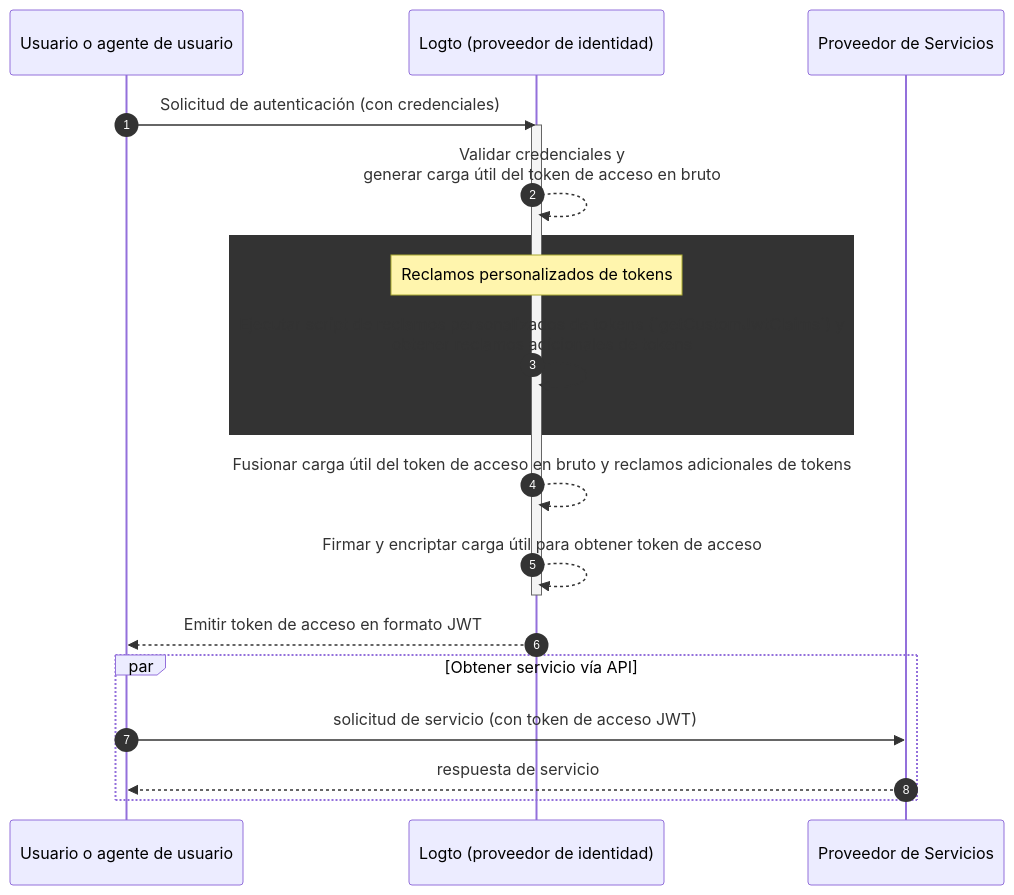
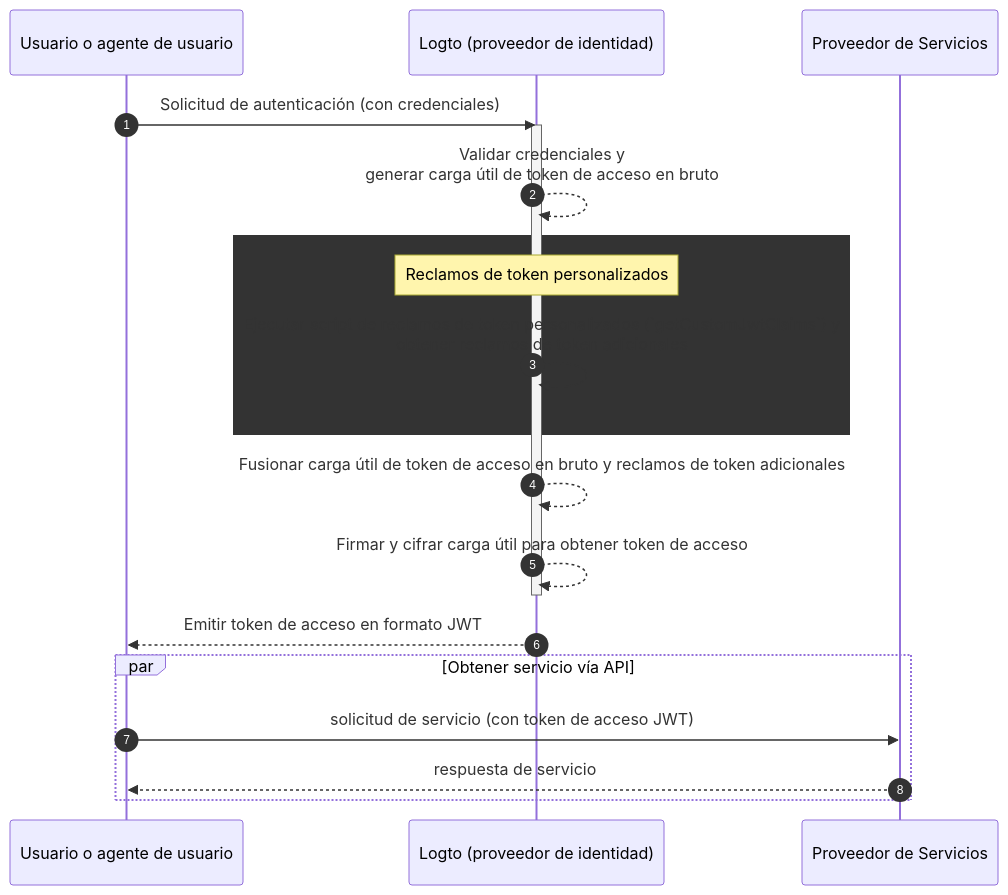
One commit to logto-io/docs changed the diagram in i18n/es/docusaurus-plugin-content-docs/current/developers/custom-token-claims/README.mdx. Above: the diagram before and after it, drawn with Mermaid. The commit also changed other lines of this file and 234 other files, not shown here.

````diff
--- a/i18n/es/docusaurus-plugin-content-docs/current/developers/custom-token-claims/README.mdx
+++ b/i18n/es/docusaurus-plugin-content-docs/current/developers/custom-token-claims/README.mdx
@@ -24,23 +24,23 @@
 ```mermaid
 sequenceDiagram
   participant U as Usuario o agente de usuario
   participant IdP as Logto (proveedor de identidad)
   participant SP as Proveedor de Servicios
 
   autonumber
   U ->> IdP: Solicitud de autenticación (con credenciales)
   activate IdP
-  IdP-->>IdP: Validar credenciales y<br/>generar carga útil del token de acceso en bruto
+  IdP-->>IdP: Validar credenciales y<br/>generar carga útil de token de acceso en bruto
   rect var(--mermaid-rect-fill)
-  note over IdP: Reclamos personalizados de tokens
-  IdP->>IdP: Ejecutar script de reclamos personalizados de tokens (`getCustomJwtClaims`) y<br/>obtener reclamos adicionales de tokens
+  note over IdP: Reclamos de token personalizados
+  IdP->>IdP: Ejecutar script de reclamos de token personalizados (`getCustomJwtClaims`) y<br/>obtener reclamos de token adicionales
   end
-  IdP-->>IdP: Fusionar carga útil del token de acceso en bruto y reclamos adicionales de tokens
-  IdP-->>IdP: Firmar y encriptar carga útil para obtener token de acceso
+  IdP-->>IdP: Fusionar carga útil de token de acceso en bruto y reclamos de token adicionales
+  IdP-->>IdP: Firmar y cifrar carga útil para obtener token de acceso
   deactivate IdP
   IdP-->>U: Emitir token de acceso en formato JWT
   par Obtener servicio vía API
   U->>SP: solicitud de servicio (con token de acceso JWT)
   SP-->>U: respuesta de servicio
   end
 ```
````
